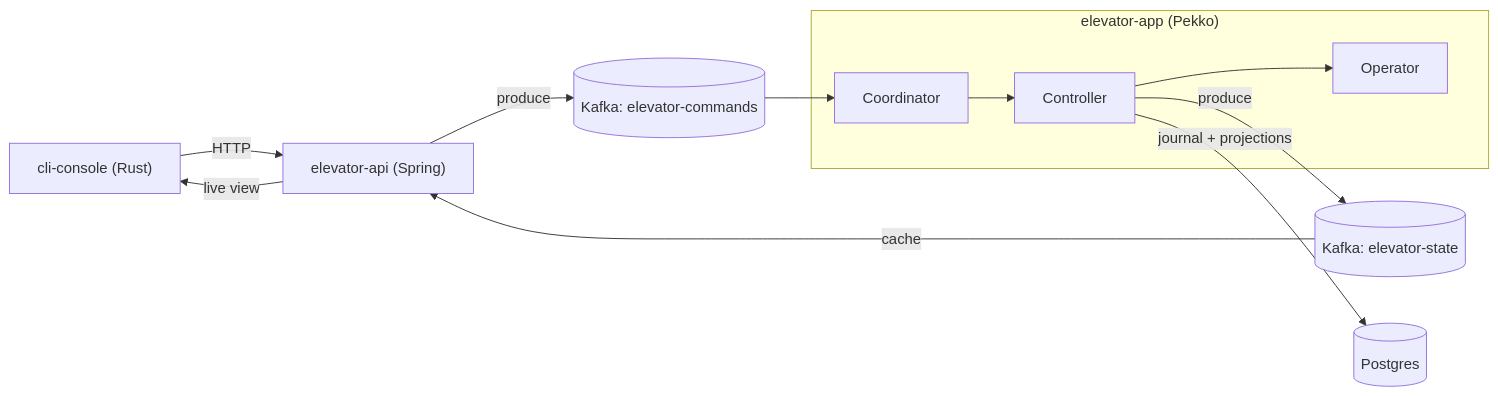
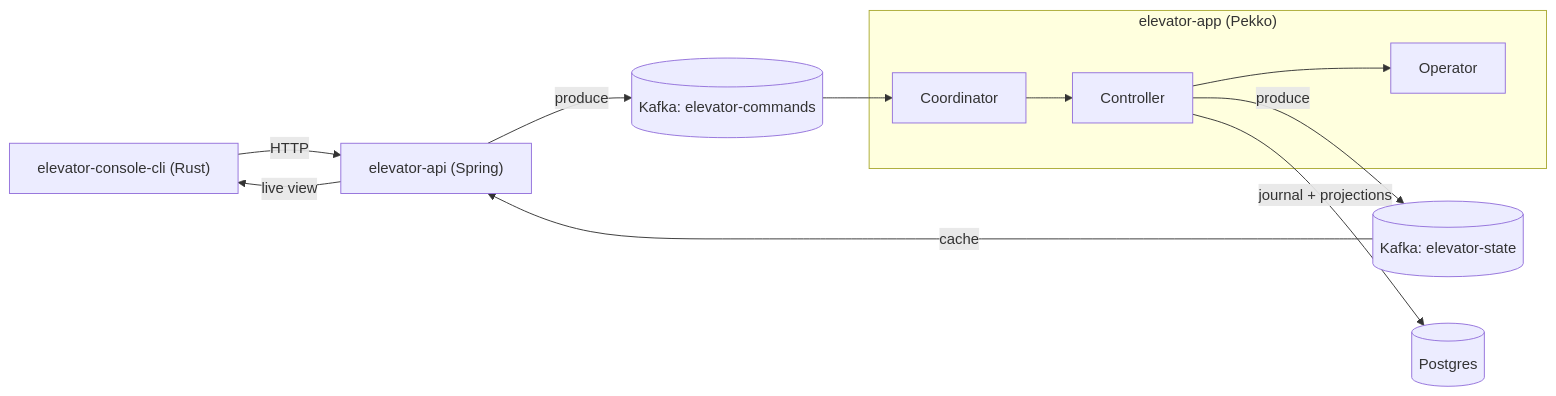
The diagram in README.md (TwistedLady/elevator-system), drawn with Mermaid before and after one commit. The commit also changed 70 other files, not shown here.

First line of the commit message:
Rename console modules to elevator-console-{cli,web}

````diff
--- a/README.md
+++ b/README.md
@@ -15,12 +15,12 @@
 ```mermaid
 flowchart LR
-  console["cli-console (Rust)"] -->|HTTP| api["elevator-api (Spring)"]
+  console["elevator-console-cli (Rust)"] -->|HTTP| api["elevator-api (Spring)"]
   api -->|produce| cmd[("Kafka: elevator-commands")]
   subgraph app["elevator-app (Pekko)"]
     coord["Coordinator"] --> ctrl["Controller"] --> op["Operator"]
   end
   cmd --> coord
   ctrl -->|produce| state[("Kafka: elevator-state")]
   state -->|cache| api -->|live view| console
   ctrl -->|journal + projections| pg[("Postgres")]
 ```
````
